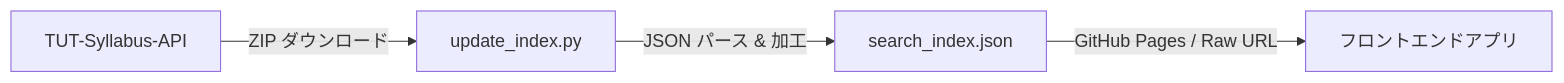
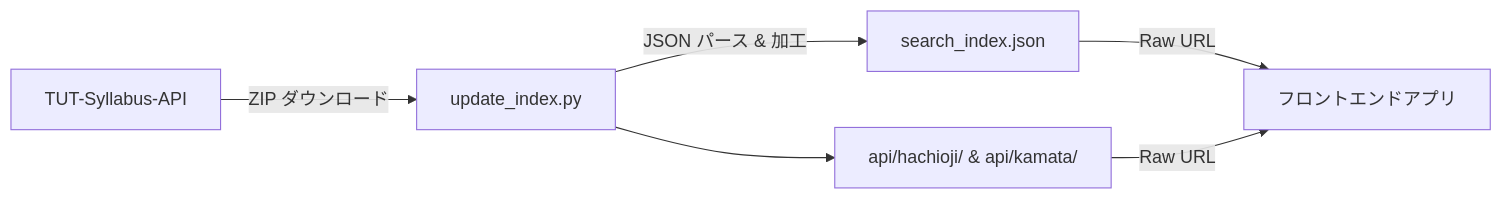
Before and after one commit to Rinia777/tut-syllabus-search-engine: the diagram in README.md, drawn with Mermaid. The commit also changed other lines of this file and 205 other files, not shown here.

Commit message:
feat: Add initial syllabus data for Hachioji and Kamata campuses across various departments and academic years.

````diff
--- a/README.md
+++ b/README.md
@@ -11,6 +11,7 @@
 ```mermaid
 flowchart LR
     A[TUT-Syllabus-API] -->|ZIP ダウンロード| B[update_index.py]
     B -->|JSON パース & 加工| C[search_index.json]
-    C -->|GitHub Pages / Raw URL| D[フロントエンドアプリ]
+    B --> D[api/hachioji/ & api/kamata/]
+    C & D -->|Raw URL| E[フロントエンドアプリ]
 ```
````
